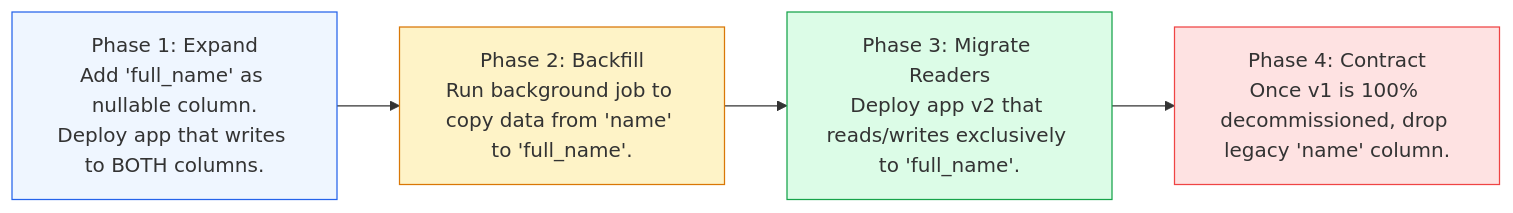
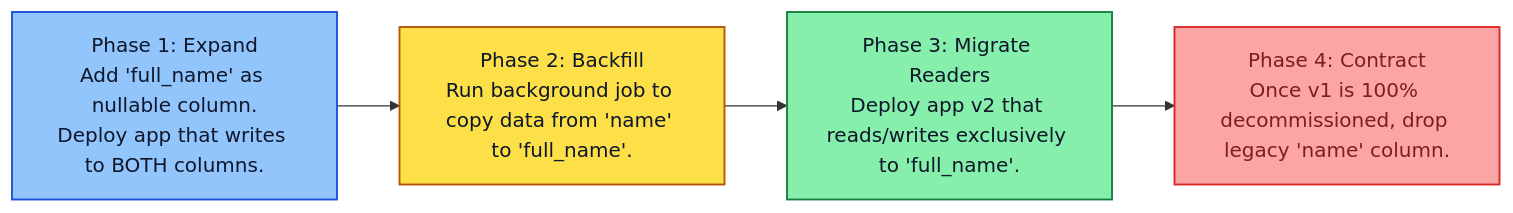
Before and after one commit to PandeyKishan/Study-Notes: the third of 3 diagrams in 04-CICD-Pipelines/04-Deployment-Strategies.md, drawn with Mermaid. The commit also changed other lines of this file and 22 other files, not shown here.

Commit message:
docs: enhance diagram visibility with high-contrast palette and add concise book definitions

````diff
--- a/04-CICD-Pipelines/04-Deployment-Strategies.md
+++ b/04-CICD-Pipelines/04-Deployment-Strategies.md
@@ -159,11 +167,11 @@
 ```mermaid
 flowchart LR
     P1["Phase 1: Expand\nAdd 'full_name' as nullable column.\nDeploy app that writes to BOTH columns."] --> P2["Phase 2: Backfill\nRun background job to copy data from 'name' to 'full_name'."]
     P2 --> P3["Phase 3: Migrate Readers\nDeploy app v2 that reads/writes exclusively to 'full_name'."]
     P3 --> P4["Phase 4: Contract\nOnce v1 is 100% decommissioned, drop legacy 'name' column."]
 
-    style P1 fill:#eff6ff,stroke:#2563eb,stroke-width:1px
-    style P2 fill:#fef3c7,stroke:#d97706,stroke-width:1px
-    style P3 fill:#dcfce7,stroke:#16a34a,stroke-width:1px
-    style P4 fill:#fee2e2,stroke:#ef4444,stroke-width:1px
+    style P1 fill:#93c5fd,stroke:#1d4ed8,stroke-width:1.5px,color:#0f172a
+    style P2 fill:#fde047,stroke:#b45309,stroke-width:1.5px,color:#0f172a
+    style P3 fill:#86efac,stroke:#15803d,stroke-width:1.5px,color:#0f172a
+    style P4 fill:#fca5a5,stroke:#dc2626,stroke-width:1.5px,color:#7f1d1d
 ```
````
